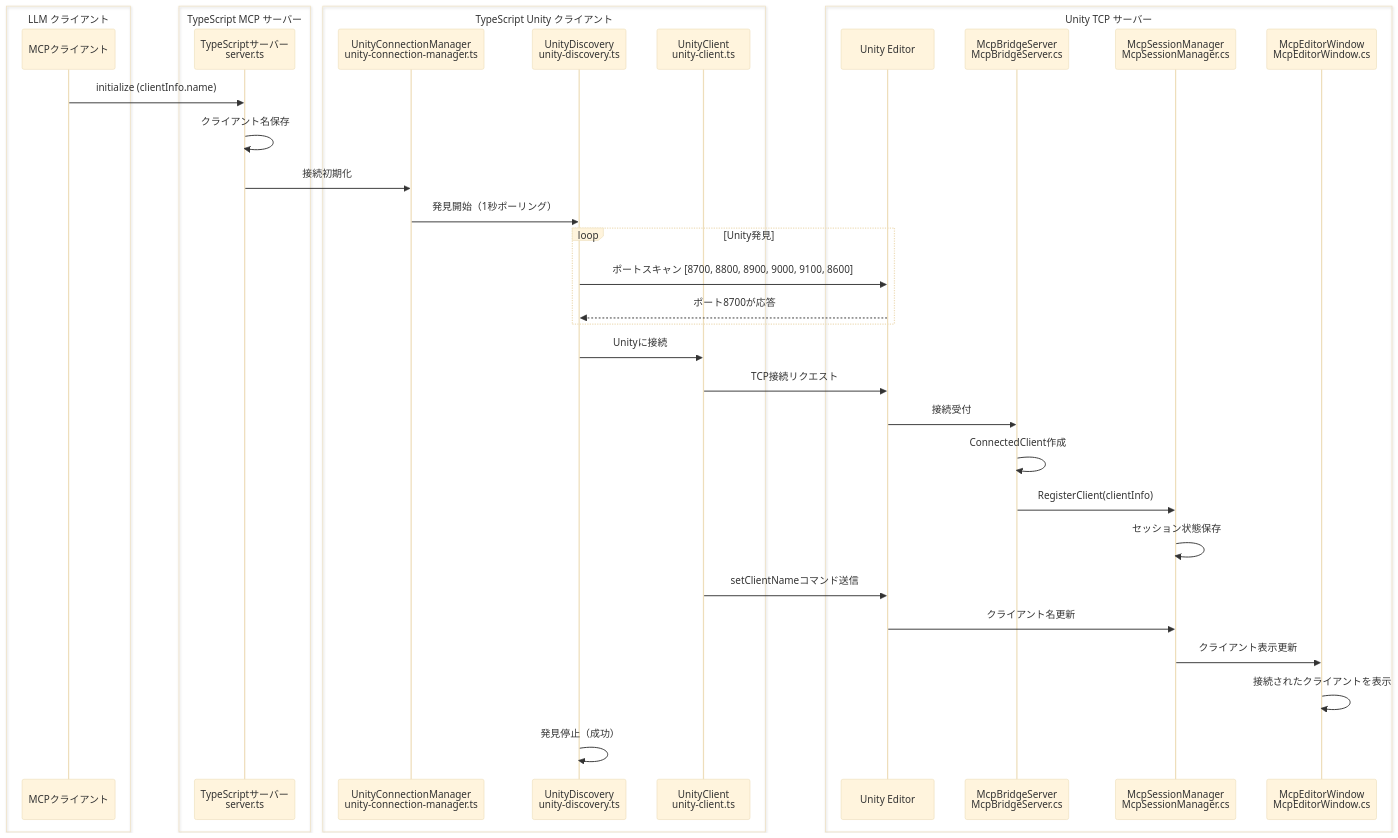
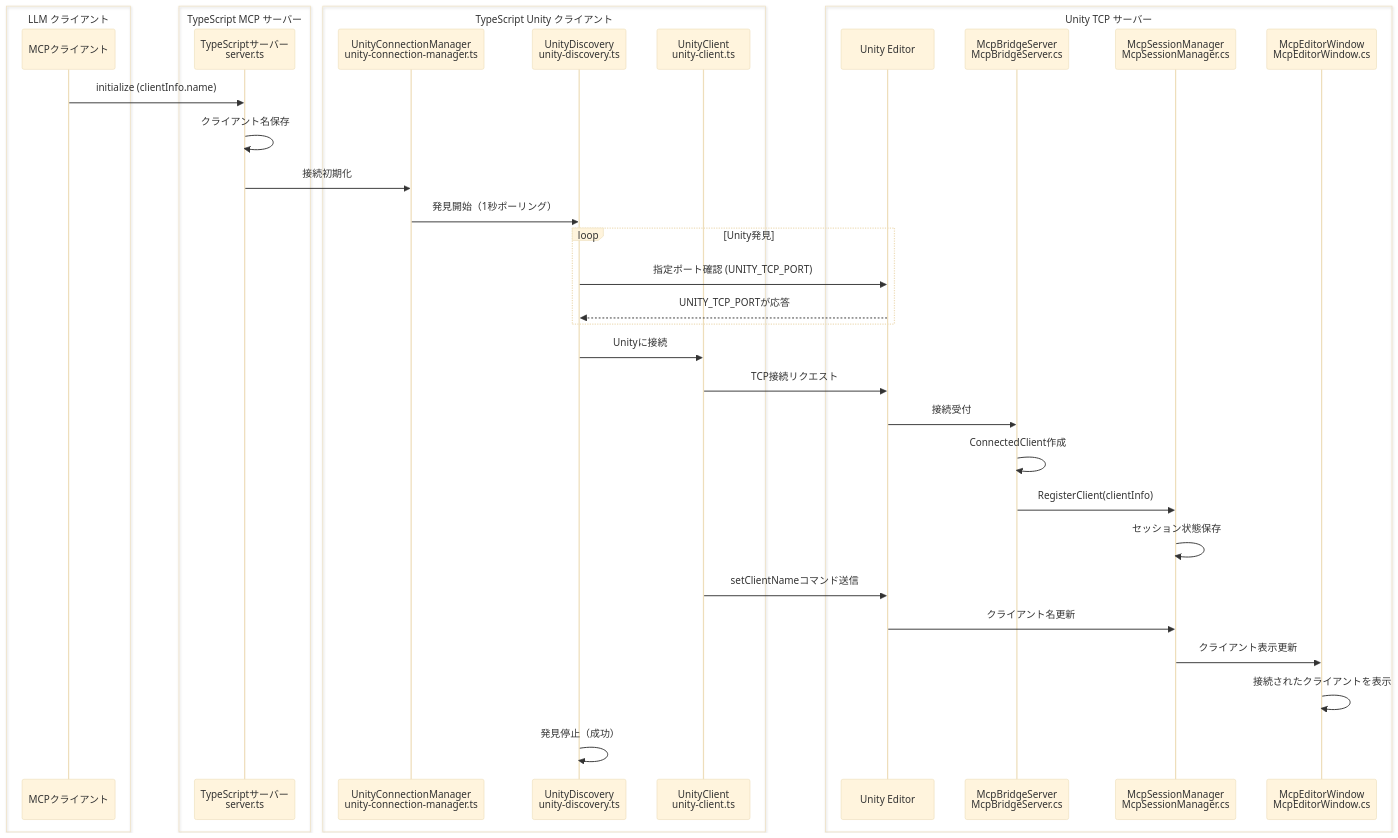
Before and after one commit to hatayama/uLoopMCP: the ninth of 16 diagrams in Packages/src/ARCHITECTURE_ja.md, drawn with Mermaid (base theme). The commit also changed other lines of this file and 3 other files, not shown here.

Commit message:
refactor: optimize Unity discovery to use single specified port (#234)

````diff
--- a/Packages/src/ARCHITECTURE_ja.md
+++ b/Packages/src/ARCHITECTURE_ja.md
@@ -822,47 +822,47 @@
 ```mermaid
 sequenceDiagram
     box LLM クライアント
     participant MCP as MCPクライアント
     end
     
     box TypeScript MCP サーバー
     participant TS as TypeScriptサーバー<br/>server.ts
     end
     
     box TypeScript Unity クライアント
     participant UCM as UnityConnectionManager<br/>unity-connection-manager.ts
     participant UD as UnityDiscovery<br/>unity-discovery.ts
     participant UC as UnityClient<br/>unity-client.ts
     end
     
     box Unity TCP サーバー
     participant Unity as Unity Editor
     participant MB as McpBridgeServer<br/>McpBridgeServer.cs
     participant SM as McpSessionManager<br/>McpSessionManager.cs
     participant UI as McpEditorWindow<br/>McpEditorWindow.cs
     end
     
     MCP->>TS: initialize (clientInfo.name)
     TS->>TS: クライアント名保存
     TS->>UCM: 接続初期化
     UCM->>UD: 発見開始（1秒ポーリング）
     
     loop Unity発見
-        UD->>Unity: ポートスキャン [8700, 8800, 8900, 9000, 9100, 8600]
-        Unity-->>UD: ポート8700が応答
+        UD->>Unity: 指定ポート確認 (UNITY_TCP_PORT)
+        Unity-->>UD: UNITY_TCP_PORTが応答
     end
     
     UD->>UC: Unityに接続
     UC->>Unity: TCP接続リクエスト
     Unity->>MB: 接続受付
     MB->>MB: ConnectedClient作成
     MB->>SM: RegisterClient(clientInfo)
     SM->>SM: セッション状態保存
     
     UC->>Unity: setClientNameコマンド送信
     Unity->>SM: クライアント名更新
     SM->>UI: クライアント表示更新
     UI->>UI: 接続されたクライアントを表示
     
     UD->>UD: 発見停止（成功）
 ```
````
